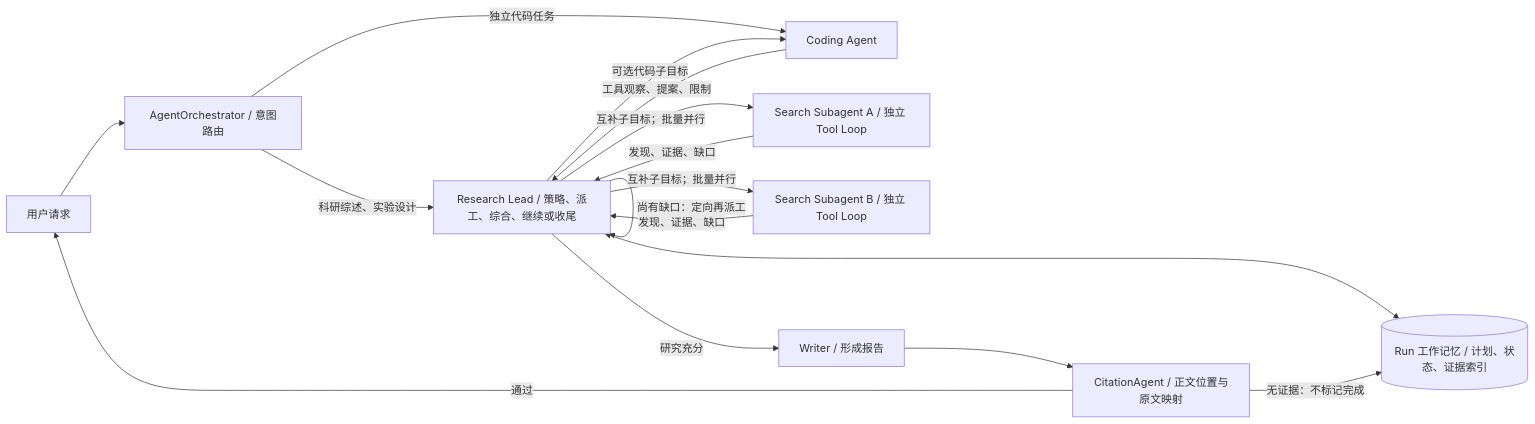
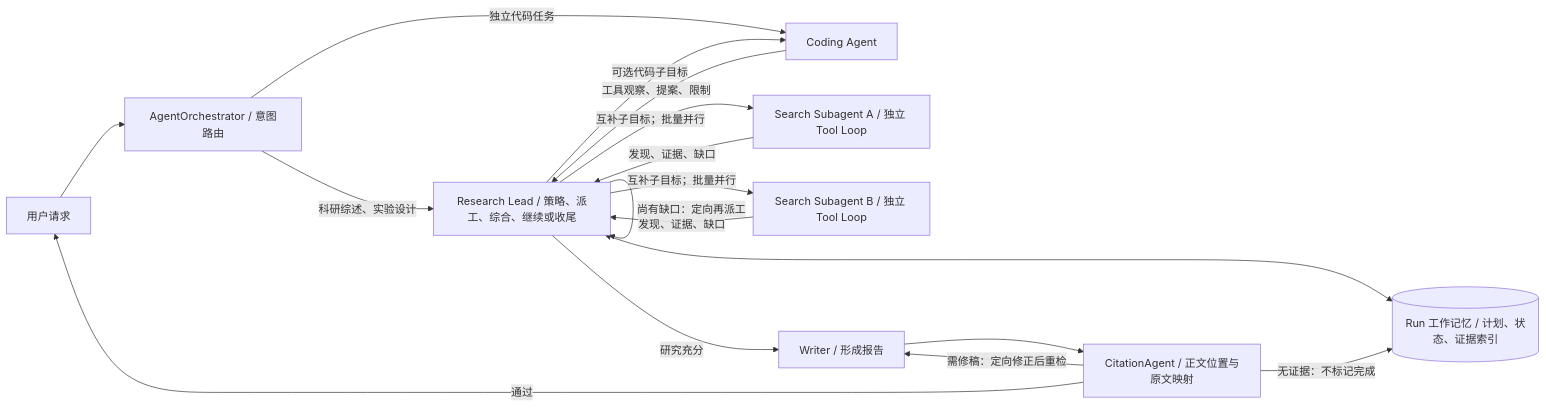
The first of 2 diagrams in docs/anthropic-research-alignment.md (blurryface13/asteria-agent), drawn with Mermaid before and after one commit. The commit also changed other lines of this file and 28 other files, not shown here.

````diff
--- a/docs/anthropic-research-alignment.md
+++ b/docs/anthropic-research-alignment.md
@@ -7,18 +7,19 @@
 ```mermaid
 flowchart LR
   U[用户请求] --> C[AgentOrchestrator / 意图路由]
   C -->|科研综述、实验设计| L[Research Lead / 策略、派工、综合、继续或收尾]
   C -->|独立代码任务| Code[Coding Agent]
   L <--> M[(Run 工作记忆 / 计划、状态、证据索引)]
   L -->|互补子目标；批量并行| S1[Search Subagent A / 独立 Tool Loop]
   L -->|互补子目标；批量并行| S2[Search Subagent B / 独立 Tool Loop]
   L -->|可选代码子目标| Code
   S1 -->|发现、证据、缺口| L
   S2 -->|发现、证据、缺口| L
   Code -->|工具观察、提案、限制| L
   L -->|尚有缺口：定向再派工| L
   L -->|研究充分| W[Writer / 形成报告]
   W --> CA[CitationAgent / 正文位置与原文映射]
+  CA -->|需修稿：定向修正后重检| W
   CA -->|通过| U
   CA -->|无证据：不标记完成| M
 ```
````
